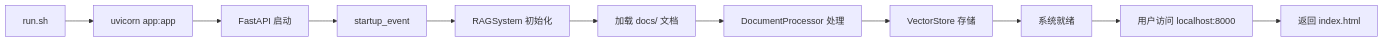
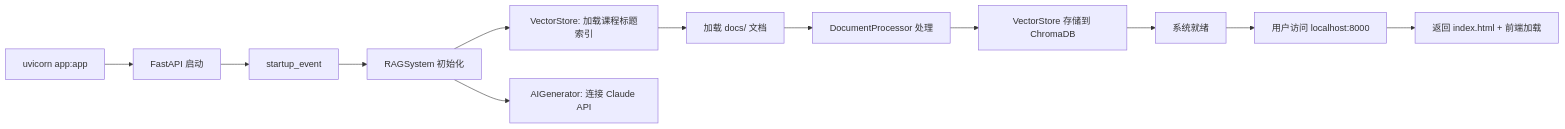
The sixth of 6 diagrams in docs/flow-diagram.md (core516/ragchatbot), drawn with Mermaid before and after one commit. The commit also changed other lines of this file, not shown here.

First line of the commit message:
Update flow-diagram.md to reflect new streaming SSE architecture

````diff
--- a/docs/flow-diagram.md
+++ b/docs/flow-diagram.md
@@ -165,14 +206,15 @@
 ```mermaid
 flowchart LR
-    A[run.sh] --> B[uvicorn app:app]
-    B --> C[FastAPI 启动]
-    C --> D[startup_event]
-    D --> E[RAGSystem 初始化]
-    E --> F[加载 docs/ 文档]
-    F --> G[DocumentProcessor 处理]
-    G --> H[VectorStore 存储]
-    H --> I[系统就绪]
-    
-    I --> J[用户访问 localhost:8000]
-    J --> K[返回 index.html]
+    A[uvicorn app:app] --> B[FastAPI 启动]
+    B --> C[startup_event]
+    C --> D[RAGSystem 初始化]
+    D --> E[VectorStore: 加载课程标题索引]
+    D --> F[AIGenerator: 连接 Claude API]
+    E --> G[加载 docs/ 文档]
+    G --> H[DocumentProcessor 处理]
+    H --> I[VectorStore 存储到 ChromaDB]
+    I --> J[系统就绪]
+
+    J --> K[用户访问 localhost:8000]
+    K --> L[返回 index.html + 前端加载]
 ```
````
